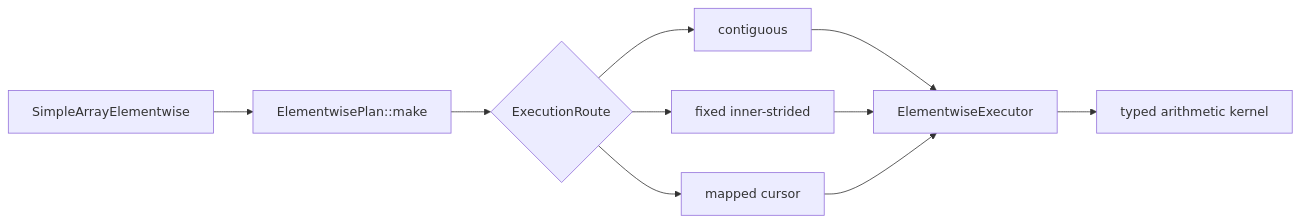
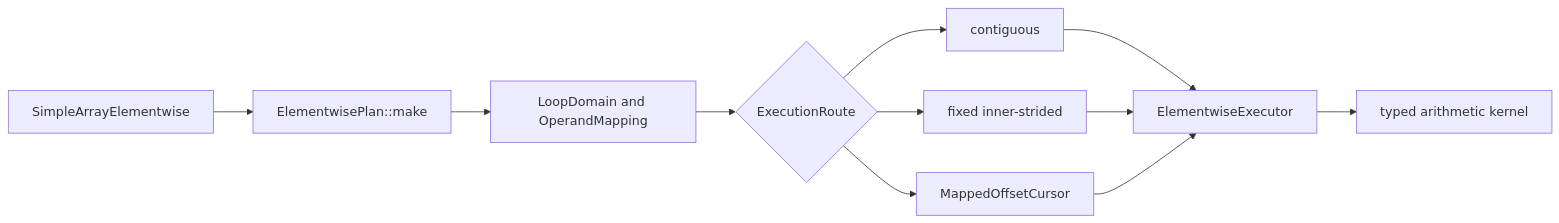
Before and after one commit to ThreeMonth03/solvcon: the diagram in doc/source/devplan/elementwise-broadcast-execution/index.md, drawn with Mermaid. The commit also changed other lines of this file, not shown here.

First line of the commit message:
Document planned elementwise execution evidence

````diff
--- a/doc/source/devplan/elementwise-broadcast-execution/index.md
+++ b/doc/source/devplan/elementwise-broadcast-execution/index.md
@@ -67,12 +67,13 @@
 ```mermaid
 flowchart LR
   A["SimpleArrayElementwise"] --> B["ElementwisePlan::make"]
-  B --> C{"ExecutionRoute"}
-  C --> D["contiguous"]
-  C --> E["fixed inner-strided"]
-  C --> F["mapped cursor"]
-  D --> G["ElementwiseExecutor"]
-  E --> G
-  F --> G
-  G --> H["typed arithmetic kernel"]
+  B --> C["LoopDomain and OperandMapping"]
+  C --> D{"ExecutionRoute"}
+  D --> E["contiguous"]
+  D --> F["fixed inner-strided"]
+  D --> G["MappedOffsetCursor"]
+  E --> H["ElementwiseExecutor"]
+  F --> H
+  G --> H
+  H --> I["typed arithmetic kernel"]
 ```
````
